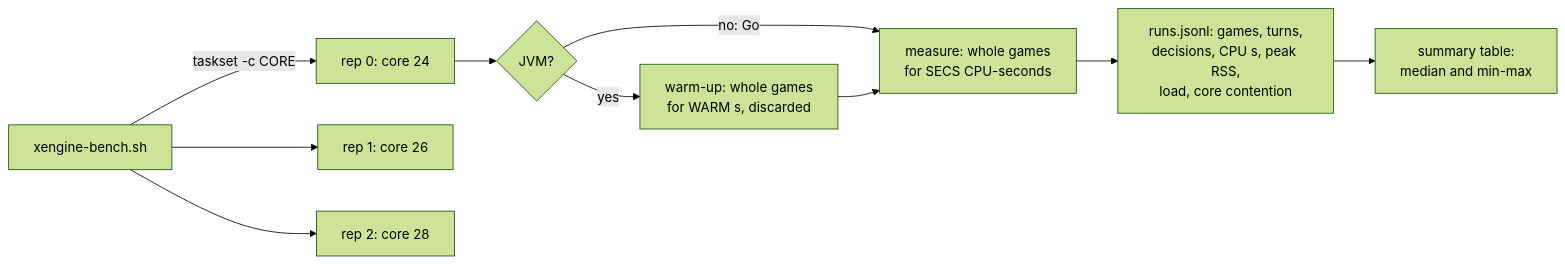
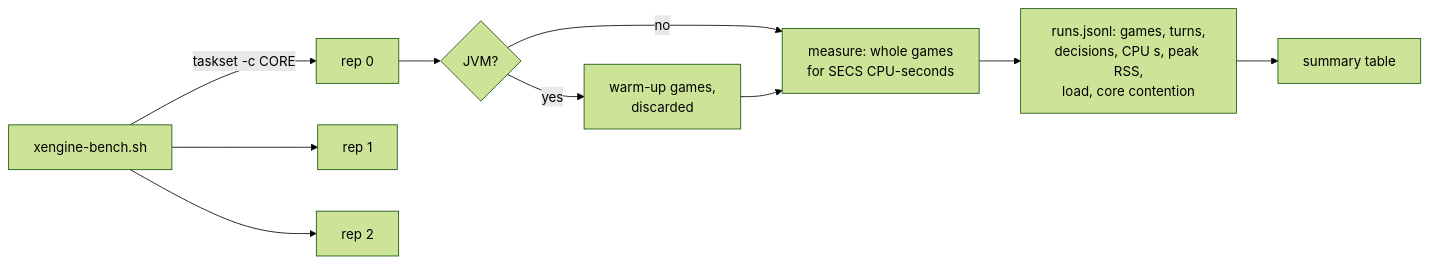
The diagram in docs/site/performance/methodology.md (adams-shaun/gorge), drawn with Mermaid (forest theme) before and after one commit. The commit also changed other lines of this file and 9 other files, not shown here.

Commit message:
docs(performance): the pages say how fast each engine is and how to measure it; gorge and dirac re-measured; the unbuilt tracking page and its chart go

````diff
--- a/docs/site/performance/methodology.md
+++ b/docs/site/performance/methodology.md
@@ -17,12 +12,12 @@
 ```mermaid
 flowchart LR
-  S[xengine-bench.sh] -->|"taskset -c CORE"| P1[rep 0: core 24]
-  S --> P2[rep 1: core 26]
-  S --> P3[rep 2: core 28]
+  S[xengine-bench.sh] -->|"taskset -c CORE"| P1[rep 0]
+  S --> P2[rep 1]
+  S --> P3[rep 2]
   P1 --> W{JVM?}
-  W -->|yes| WU[warm-up: whole games<br/>for WARM s, discarded]
-  W -->|no: Go| M
+  W -->|yes| WU[warm-up games,<br/>discarded]
+  W -->|no| M
   WU --> M[measure: whole games<br/>for SECS CPU-seconds]
   M --> R[runs.jsonl: games, turns,<br/>decisions, CPU s, peak RSS,<br/>load, core contention]
-  R --> T[summary table:<br/>median and min-max]
+  R --> T[summary table]
 ```
````
